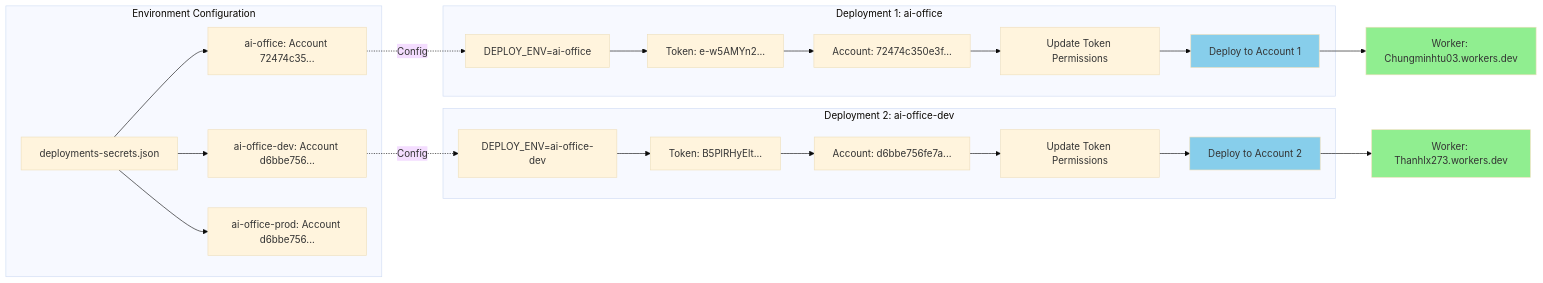
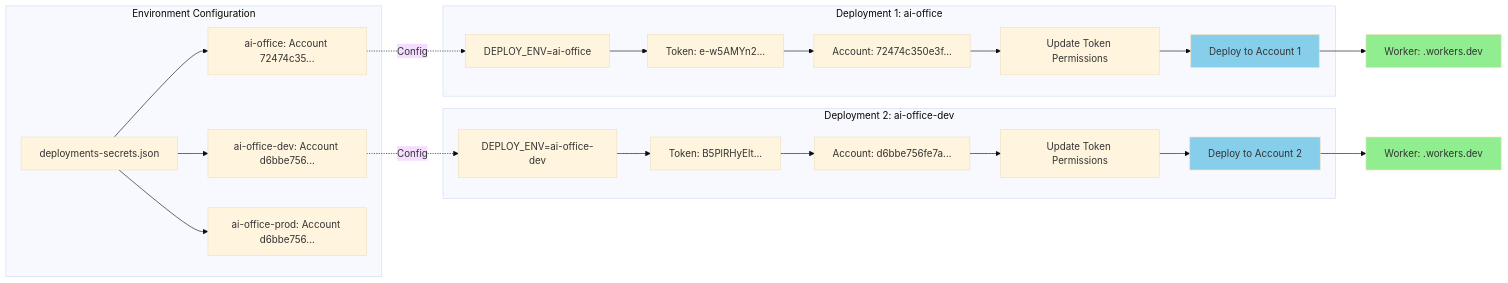
The third of 6 diagrams in _deploy-cli-cloudflare-gcp/CLOUDFLARE_TOKEN_AUTO_UPDATE_GUIDE.md (chungminhtu/AI_FaceSwap_Cloudflare_Backend), drawn with Mermaid (base theme) before and after one commit. The commit also changed 4 other files, not shown here.

````diff
--- a/_deploy-cli-cloudflare-gcp/CLOUDFLARE_TOKEN_AUTO_UPDATE_GUIDE.md
+++ b/_deploy-cli-cloudflare-gcp/CLOUDFLARE_TOKEN_AUTO_UPDATE_GUIDE.md
@@ -168,47 +168,47 @@
 ```mermaid
 flowchart LR
     subgraph "Environment Configuration"
         A1[deployments-secrets.json]
         A2[ai-office: Account 72474c35...]
         A3[ai-office-dev: Account d6bbe756...]
         A4[ai-office-prod: Account d6bbe756...]
         A1 --> A2
         A1 --> A3
         A1 --> A4
     end
     
     subgraph "Deployment 1: ai-office"
         B1[DEPLOY_ENV=ai-office]
         B2[Token: e-w5AMYn2...]
         B3[Account: 72474c350e3f...]
         B4[Update Token Permissions]
         B5[Deploy to Account 1]
         B1 --> B2
         B2 --> B3
         B3 --> B4
         B4 --> B5
     end
     
     subgraph "Deployment 2: ai-office-dev"
         C1[DEPLOY_ENV=ai-office-dev]
         C2[Token: B5PlRHyElt...]
         C3[Account: d6bbe756fe7a...]
         C4[Update Token Permissions]
         C5[Deploy to Account 2]
         C1 --> C2
         C2 --> C3
         C3 --> C4
         C4 --> C5
     end
     
     A2 -.->|Config| B1
     A3 -.->|Config| C1
     
-    B5 --> D1[Worker: Chungminhtu03.workers.dev]
-    C5 --> D2[Worker: Thanhlx273.workers.dev]
+    B5 --> D1[Worker:  .workers.dev]
+    C5 --> D2[Worker:  .workers.dev]
     
     style B5 fill:#87CEEB
     style C5 fill:#87CEEB
     style D1 fill:#90EE90
     style D2 fill:#90EE90
 ```
````
